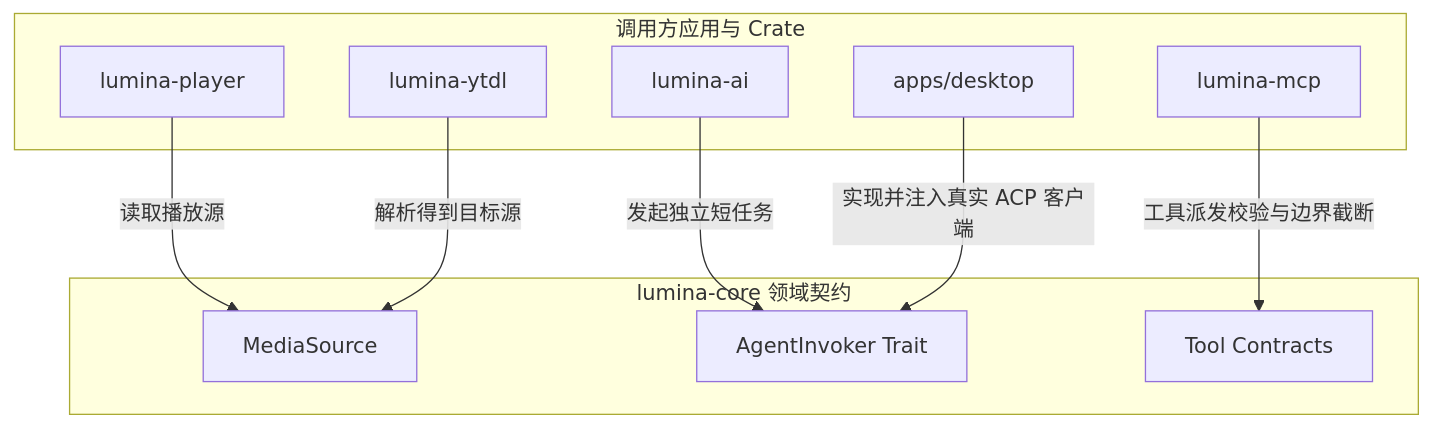
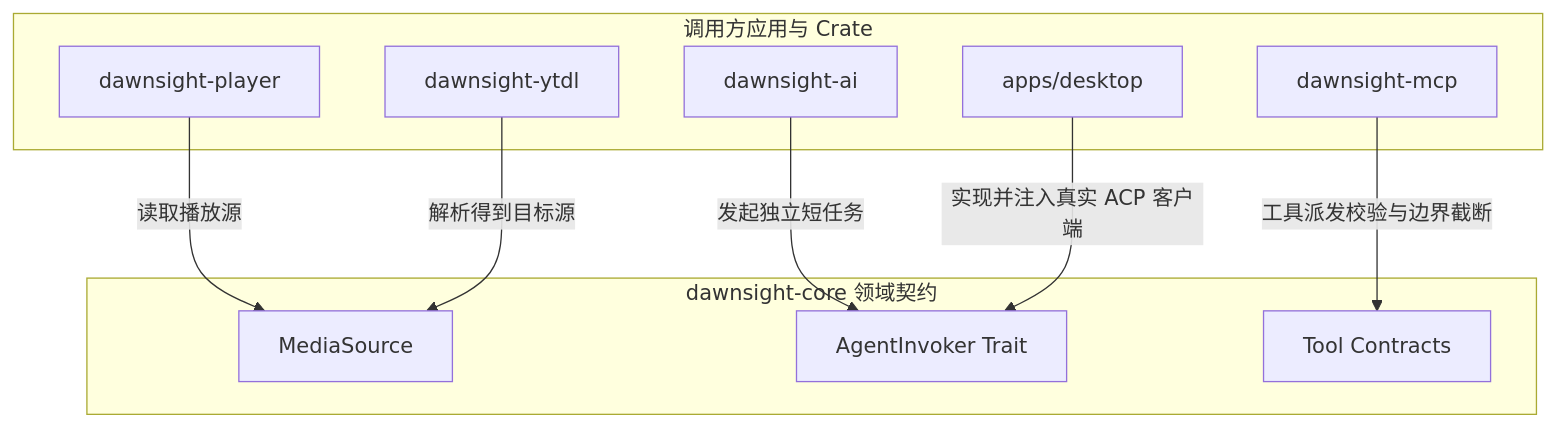
The diagram in crates/dawnsight-core/src/README.md (yitom486/dawnsight), drawn with Mermaid before and after one commit. The commit also changed other lines of this file and 139 other files, not shown here.

First line of the commit message:
chore(rename): lumina to dawnsight across tree

````diff
--- a/crates/dawnsight-core/src/README.md
+++ b/crates/dawnsight-core/src/README.md
@@ -104,16 +104,16 @@
 ```mermaid
 flowchart TD
-    subgraph lumina-core [lumina-core 领域契约]
+    subgraph dawnsight-core [dawnsight-core 领域契约]
         MS[MediaSource]
         AI[AgentInvoker Trait]
         TC[Tool Contracts]
     end
 
     subgraph 调用方应用与 Crate
-        Player[lumina-player] -->|读取播放源| MS
-        Ytdl[lumina-ytdl] -->|解析得到目标源| MS
-        AiTasks[lumina-ai] -->|发起独立短任务| AI
+        Player[dawnsight-player] -->|读取播放源| MS
+        Ytdl[dawnsight-ytdl] -->|解析得到目标源| MS
+        AiTasks[dawnsight-ai] -->|发起独立短任务| AI
         Desktop[apps/desktop] -->|实现并注入真实 ACP 客户端| AI
-        Mcp[lumina-mcp] -->|工具派发校验与边界截断| TC
+        Mcp[dawnsight-mcp] -->|工具派发校验与边界截断| TC
     end
 ```
````
